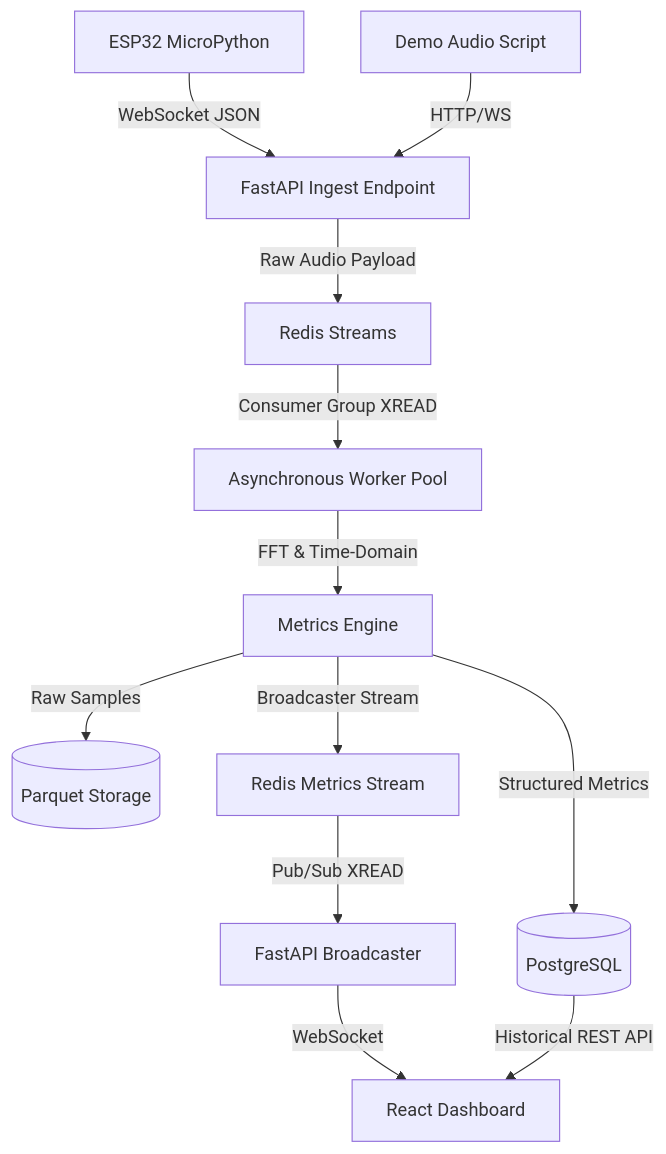
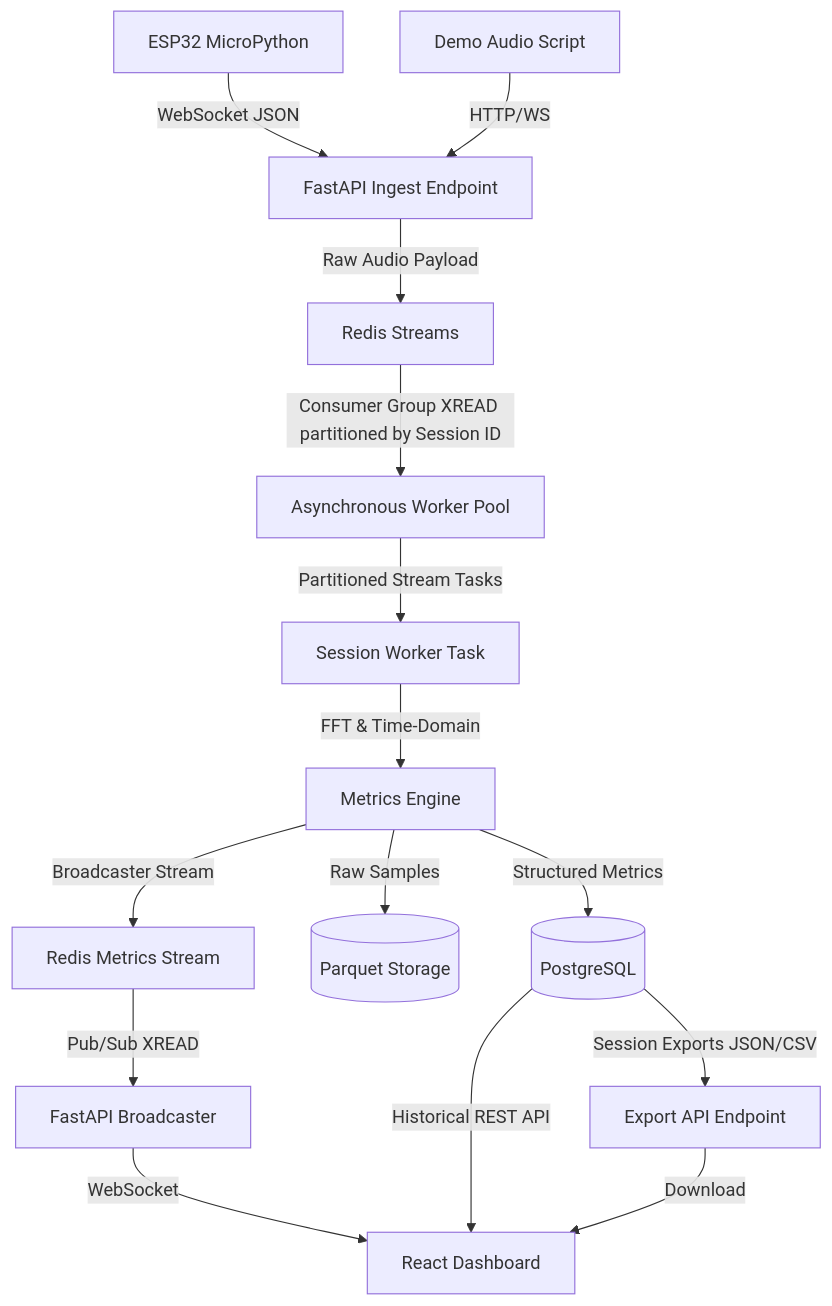
One commit to Vikranth-512/Real-Time-Audio-Telemetry-Platform changed the diagram in README.md. Above: the diagram before and after it, drawn with Mermaid. The commit also changed other lines of this file, not shown here.

````diff
--- a/README.md
+++ b/README.md
@@ -41,21 +41,24 @@
 ```mermaid
 graph TD
     %% Hardware / Ingestion
     ESP[ESP32 MicroPython] -->|WebSocket JSON| API[FastAPI Ingest Endpoint]
     Mock[Demo Audio Script] -->|HTTP/WS| API
     
     %% Redis Stream Pipeline
     API -->|Raw Audio Payload| Redis[Redis Streams]
     
-    %% Processing Worker
-    Redis -->|Consumer Group XREAD| Worker[Asynchronous Worker Pool]
-    Worker -->|FFT & Time-Domain| DSP[Metrics Engine]
+    %% Processing Worker & Stream Details
+    Redis -->|Consumer Group XREAD partitioned by Session ID| Worker[Asynchronous Worker Pool]
+    Worker -->|Partitioned Stream Tasks| WorkerTask[Session Worker Task]
+    WorkerTask -->|FFT & Time-Domain| DSP[Metrics Engine]
     DSP -->|Structured Metrics| DB[(PostgreSQL)]
     DSP -->|Raw Samples| Parquet[(Parquet Storage)]
     DSP -->|Broadcaster Stream| RedisMetrics[Redis Metrics Stream]
     
-    %% Dashboard
+    %% Dashboard & Exports
     RedisMetrics -->|Pub/Sub XREAD| API_WS[FastAPI Broadcaster]
     API_WS -->|WebSocket| Dash[React Dashboard]
     DB -->|Historical REST API| Dash
+    DB -->|Session Exports JSON/CSV| ExportAPI[Export API Endpoint]
+    ExportAPI -->|Download| Dash
 ```
````
